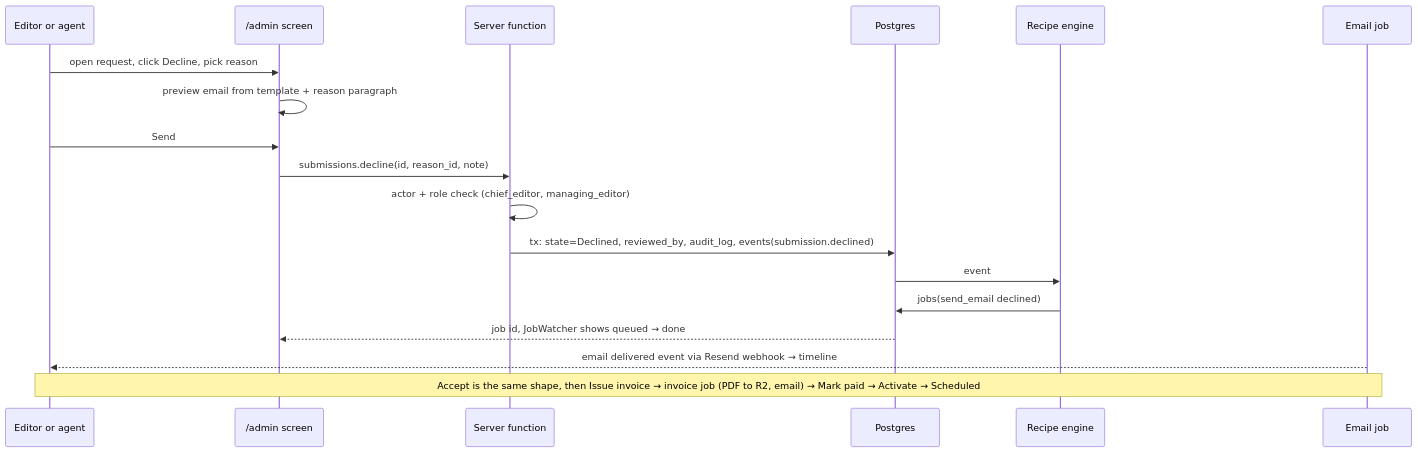
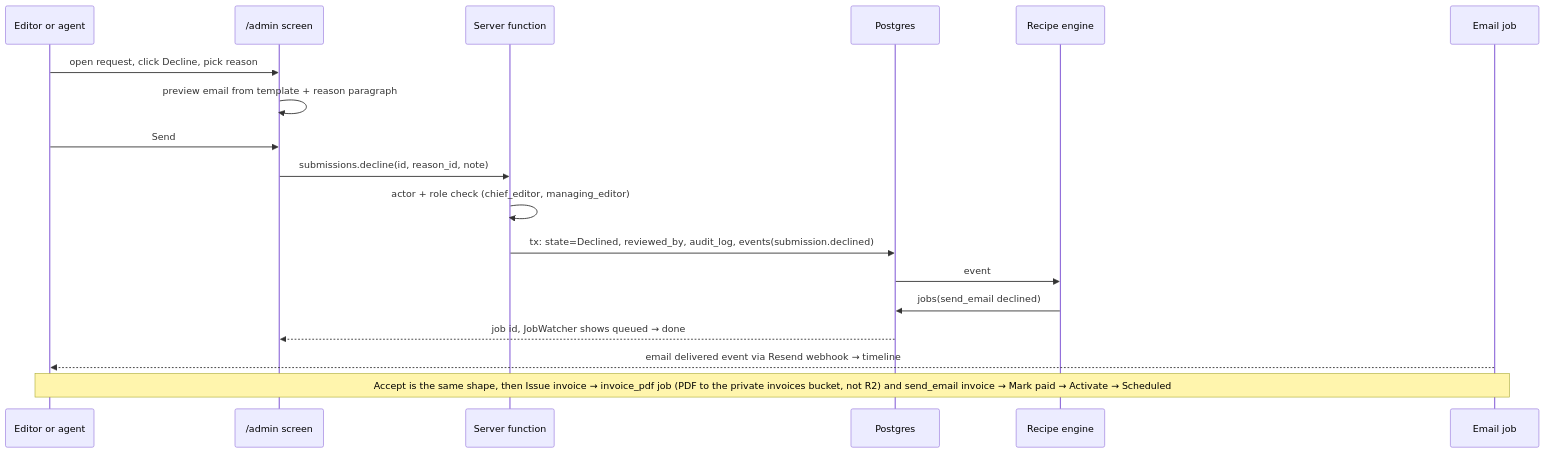
One commit to AbdulrahmanAmer/matter-of-place changed the second of 3 diagrams in workspace/03-diagrams/admin-screens.md. Above: the diagram before and after it, drawn with Mermaid. The commit also changed other lines of this file and 104 other files, not shown here.

First line of the commit message:
Traceability audit rounds 5 and 6; diagrams brought in line with the plans; rulings G58 to G65

````diff
--- a/workspace/03-diagrams/admin-screens.md
+++ b/workspace/03-diagrams/admin-screens.md
@@ -53,21 +53,21 @@
 ```mermaid
 sequenceDiagram
   participant E as Editor or agent
   participant U as /admin screen
   participant F as Server function
   participant D as Postgres
   participant R as Recipe engine
   participant M as Email job
 
   E->>U: open request, click Decline, pick reason
   U->>U: preview email from template + reason paragraph
   E->>U: Send
   U->>F: submissions.decline(id, reason_id, note)
   F->>F: actor + role check (chief_editor, managing_editor)
   F->>D: tx: state=Declined, reviewed_by, audit_log, events(submission.declined)
   D->>R: event
   R->>D: jobs(send_email declined)
   D-->>U: job id, JobWatcher shows queued → done
   M-->>E: email delivered event via Resend webhook → timeline
-  Note over E,M: Accept is the same shape, then Issue invoice → invoice job (PDF to R2, email) → Mark paid → Activate → Scheduled
+  Note over E,M: Accept is the same shape, then Issue invoice → invoice_pdf job (PDF to the private invoices bucket, not R2) and send_email invoice → Mark paid → Activate → Scheduled
 ```
````
